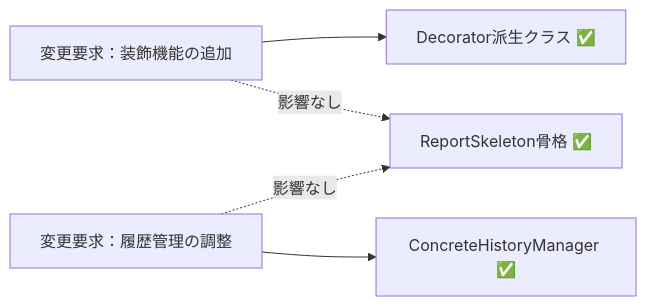
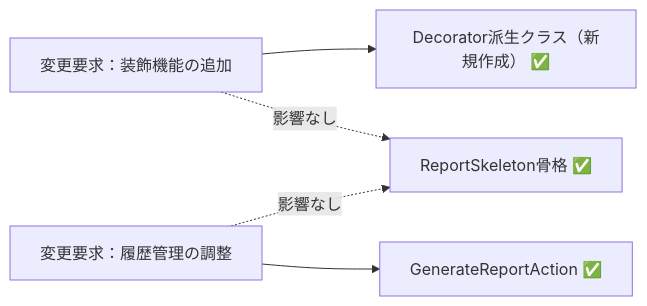
The fifth of 6 diagrams in kindle/design-patterns/output/chapter11.md (kumachan1101-pixel/DesignPattern), drawn with Mermaid before and after one commit. The commit also changed other lines of this file and 10 other files, not shown here.

````diff
--- a/kindle/design-patterns/output/chapter11.md
+++ b/kindle/design-patterns/output/chapter11.md
@@ -1171,8 +817,7 @@
 ```mermaid
 graph LR
-    T1["変更要求：装飾機能の追加"] --> F1["Decorator派生クラス ✅"]
+    T1["変更要求：装飾機能の追加"] --> F1["Decorator派生クラス（新規作成） ✅"]
     T1 -. "影響なし" .-> A["ReportSkeleton骨格 ✅"]
-    T2["変更要求：履歴管理の調整"] --> F2["ConcreteHistoryManager ✅"]
+    T2["変更要求：履歴管理の調整"] --> F2["GenerateReportAction ✅"]
     T2 -. "影響なし" .-> A
-
 ```
````
